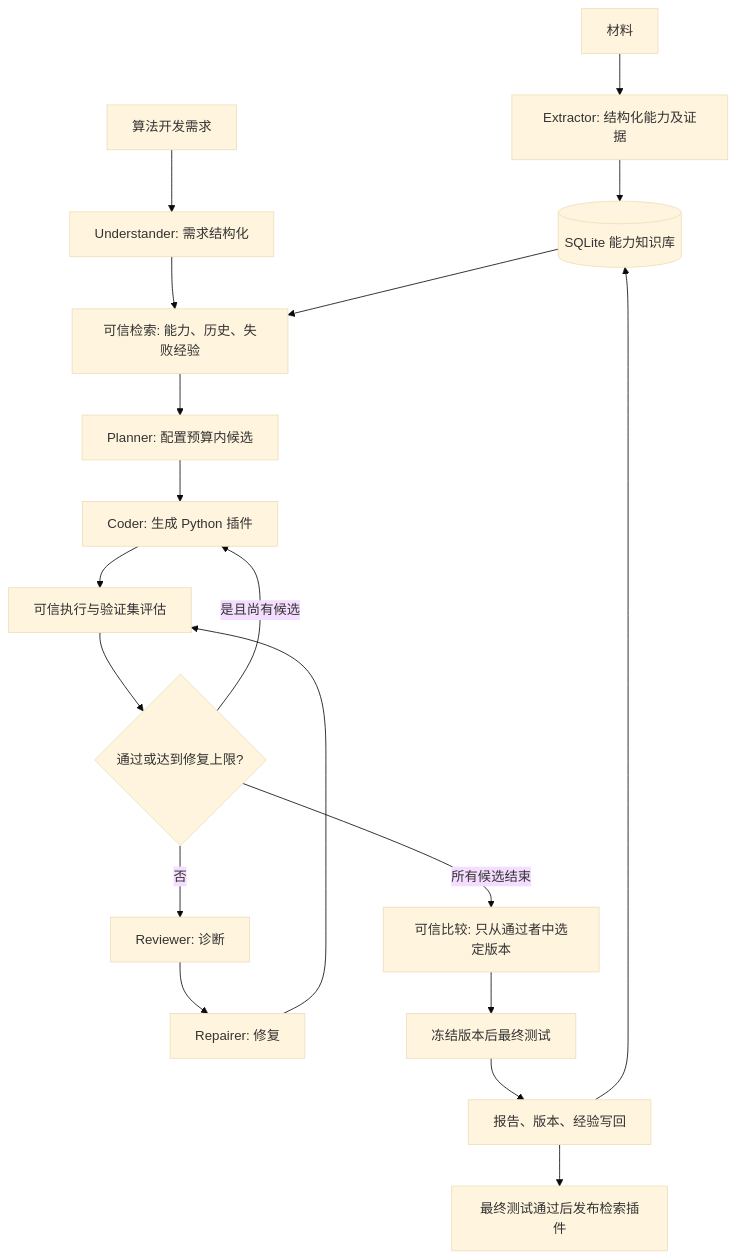
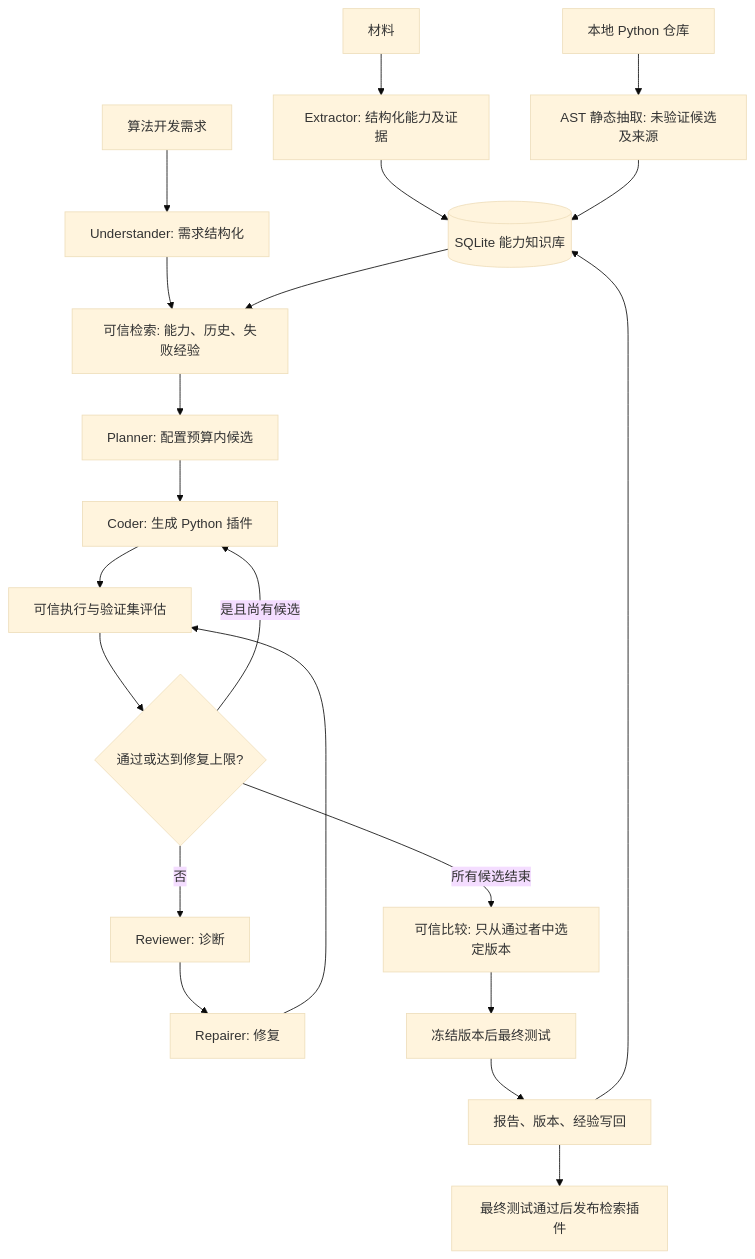
The diagram in docs/architecture.md (CRAZY-NEO/memory-agent-factory), drawn with Mermaid (base theme) before and after one commit. The commit also changed other lines of this file and 74 other files, not shown here.

````diff
--- a/docs/architecture.md
+++ b/docs/architecture.md
@@ -26,21 +27,23 @@
 ```mermaid
 flowchart TD
   A[材料] --> B[Extractor: 结构化能力及证据]
   B --> K[(SQLite 能力知识库)]
+  Repo[本地 Python 仓库] --> AST[AST 静态抽取: 未验证候选及来源]
+  AST --> K
   U[算法开发需求] --> I[Understander: 需求结构化]
   I --> R[可信检索: 能力、历史、失败经验]
   K --> R
   R --> P[Planner: 配置预算内候选]
   P --> C[Coder: 生成 Python 插件]
   C --> V[可信执行与验证集评估]
   V --> D{通过或达到修复上限?}
   D -->|否| E[Reviewer: 诊断]
   E --> F[Repairer: 修复]
   F --> V
   D -->|是且尚有候选| C
   D -->|所有候选结束| S[可信比较: 只从通过者中选定版本]
   S --> T[冻结版本后最终测试]
   T --> W[报告、版本、经验写回]
   W --> K
   W --> O[最终测试通过后发布检索插件]
 ```
````
